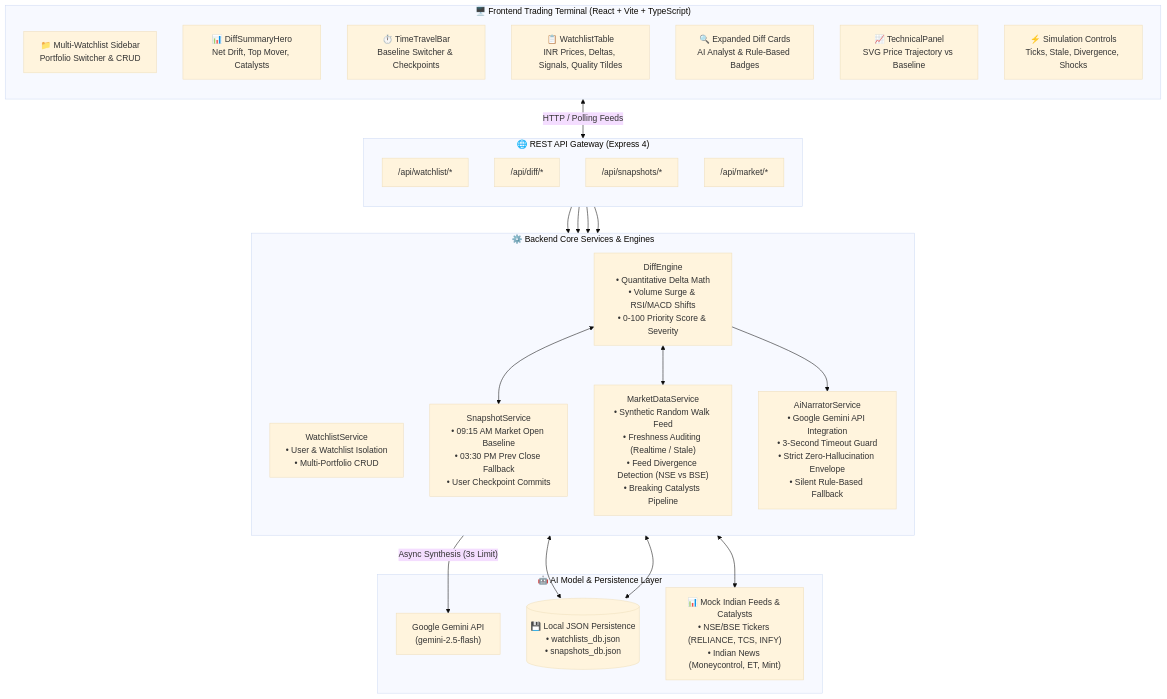
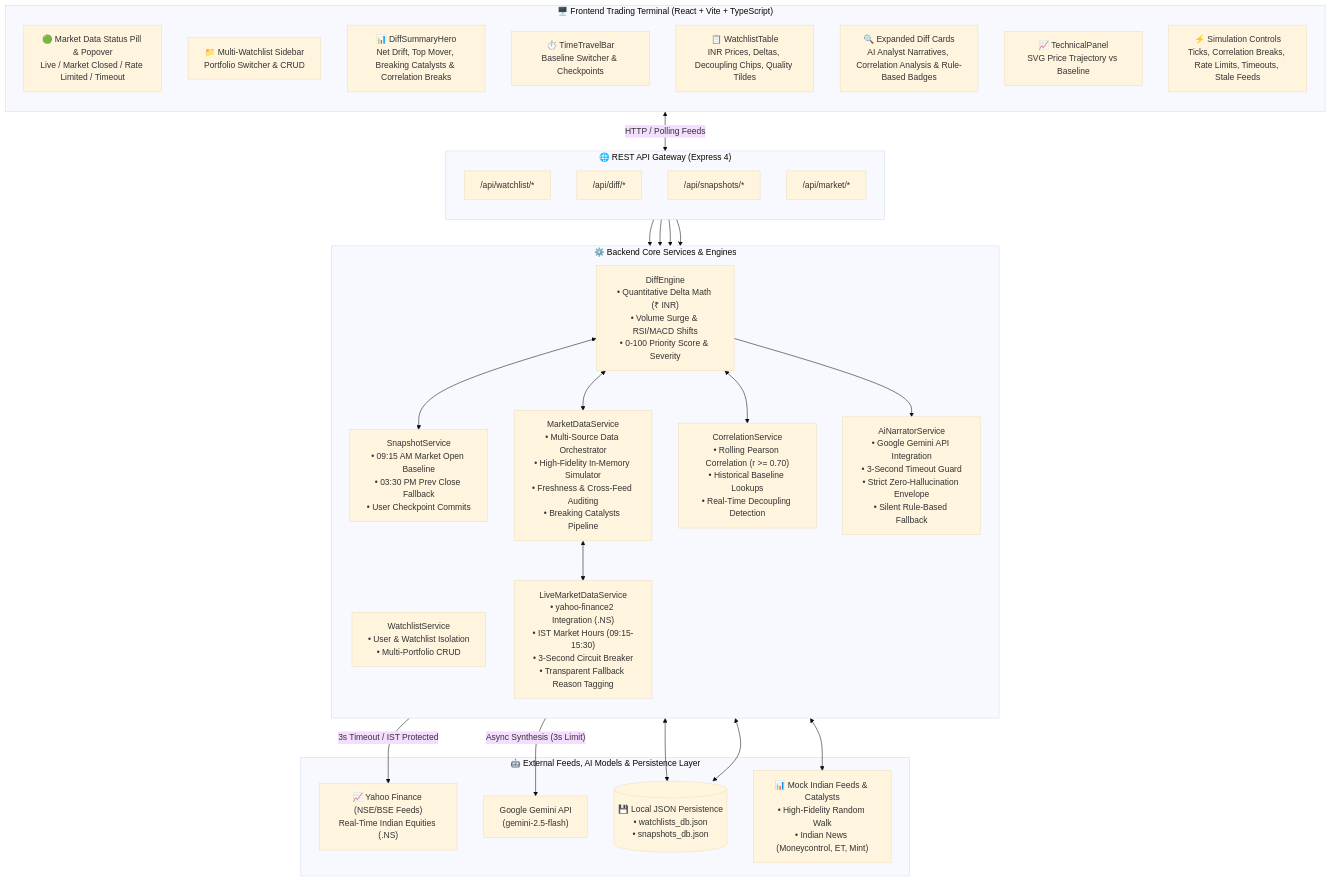
One commit to SohiniManne/Delta changed the diagram in README.md. Above: the diagram before and after it, drawn with Mermaid (base theme). The commit also changed other lines of this file and 19 other files, not shown here.

````diff
--- a/README.md
+++ b/README.md
@@ -10,54 +10,61 @@
 ```mermaid
 flowchart TB
     subgraph Client["🖥️ Frontend Trading Terminal (React + Vite + TypeScript)"]
         direction TB
+        HeaderBar["🟢 Market Data Status Pill & Popover<br/>Live / Market Closed / Rate Limited / Timeout"]
         Sidebar["📁 Multi-Watchlist Sidebar<br/>Portfolio Switcher & CRUD"]
-        Hero["📊 DiffSummaryHero<br/>Net Drift, Top Mover, Catalysts"]
+        Hero["📊 DiffSummaryHero<br/>Net Drift, Top Mover, Breaking Catalysts & Correlation Breaks"]
         TimeTravel["⏱️ TimeTravelBar<br/>Baseline Switcher & Checkpoints"]
-        Table["📋 WatchlistTable<br/>INR Prices, Deltas, Signals, Quality Tildes"]
-        ExpandedCard["🔍 Expanded Diff Cards<br/>AI Analyst & Rule-Based Badges"]
+        Table["📋 WatchlistTable<br/>INR Prices, Deltas, Decoupling Chips, Quality Tildes"]
+        ExpandedCard["🔍 Expanded Diff Cards<br/>AI Analyst Narratives, Correlation Analysis & Rule-Based Badges"]
         TechPanel["📈 TechnicalPanel<br/>SVG Price Trajectory vs Baseline"]
-        ChaosBar["⚡ Simulation Controls<br/>Ticks, Stale, Divergence, Shocks"]
+        ChaosBar["⚡ Simulation Controls<br/>Ticks, Correlation Breaks, Rate Limits, Timeouts, Stale Feeds"]
     end
 
     subgraph API["🌐 REST API Gateway (Express 4)"]
         direction TB
         WlRoutes["/api/watchlist/*"]
         DiffRoutes["/api/diff/*"]
         SnapRoutes["/api/snapshots/*"]
         MarketRoutes["/api/market/*"]
     end
 
     subgraph Services["⚙️ Backend Core Services & Engines"]
         direction TB
         WlService["WatchlistService<br/>• User & Watchlist Isolation<br/>• Multi-Portfolio CRUD"]
         SnapService["SnapshotService<br/>• 09:15 AM Market Open Baseline<br/>• 03:30 PM Prev Close Fallback<br/>• User Checkpoint Commits"]
-        DiffEngine["DiffEngine<br/>• Quantitative Delta Math<br/>• Volume Surge & RSI/MACD Shifts<br/>• 0-100 Priority Score & Severity"]
-        MarketService["MarketDataService<br/>• Synthetic Random Walk Feed<br/>• Freshness Auditing (Realtime / Stale)<br/>• Feed Divergence Detection (NSE vs BSE)<br/>• Breaking Catalysts Pipeline"]
+        DiffEngine["DiffEngine<br/>• Quantitative Delta Math (₹ INR)<br/>• Volume Surge & RSI/MACD Shifts<br/>• 0-100 Priority Score & Severity"]
+        CorrService["CorrelationService<br/>• Rolling Pearson Correlation (r >= 0.70)<br/>• Historical Baseline Lookups<br/>• Real-Time Decoupling Detection"]
+        LiveMarketService["LiveMarketDataService<br/>• yahoo-finance2 Integration (.NS)<br/>• IST Market Hours (09:15-15:30)<br/>• 3-Second Circuit Breaker<br/>• Transparent Fallback Reason Tagging"]
+        MarketService["MarketDataService<br/>• Multi-Source Data Orchestrator<br/>• High-Fidelity In-Memory Simulator<br/>• Freshness & Cross-Feed Auditing<br/>• Breaking Catalysts Pipeline"]
         AiService["AiNarratorService<br/>• Google Gemini API Integration<br/>• 3-Second Timeout Guard<br/>• Strict Zero-Hallucination Envelope<br/>• Silent Rule-Based Fallback"]
     end
 
-    subgraph External["🤖 AI Model & Persistence Layer"]
+    subgraph External["🤖 External Feeds, AI Models & Persistence Layer"]
+        YahooFinance["📈 Yahoo Finance (NSE/BSE Feeds)<br/>Real-Time Indian Equities (.NS)"]
         Gemini["Google Gemini API<br/>(gemini-2.5-flash)"]
         DB[("💾 Local JSON Persistence<br/>• watchlists_db.json<br/>• snapshots_db.json")]
-        MockData["📊 Mock Indian Feeds & Catalysts<br/>• NSE/BSE Tickers (RELIANCE, TCS, INFY)<br/>• Indian News (Moneycontrol, ET, Mint)"]
+        MockData["📊 Mock Indian Feeds & Catalysts<br/>• High-Fidelity Random Walk<br/>• Indian News (Moneycontrol, ET, Mint)"]
     end
 
     %% Frontend to API
     Client <-->|"HTTP / Polling Feeds"| API
 
     %% API to Services
     WlRoutes --> WlService
     DiffRoutes --> DiffEngine
     SnapRoutes --> SnapService
     MarketRoutes --> MarketService
 
     %% Service Connections
     DiffEngine <--> SnapService
     DiffEngine <--> MarketService
+    DiffEngine <--> CorrService
+    MarketService <--> LiveMarketService
+    LiveMarketService -->|"3s Timeout / IST Protected"| YahooFinance
     DiffEngine --> AiService
     AiService -->|"Async Synthesis (3s Limit)"| Gemini
     WlService <--> DB
     SnapService <--> DB
     MarketService <--> MockData
 ```
````
